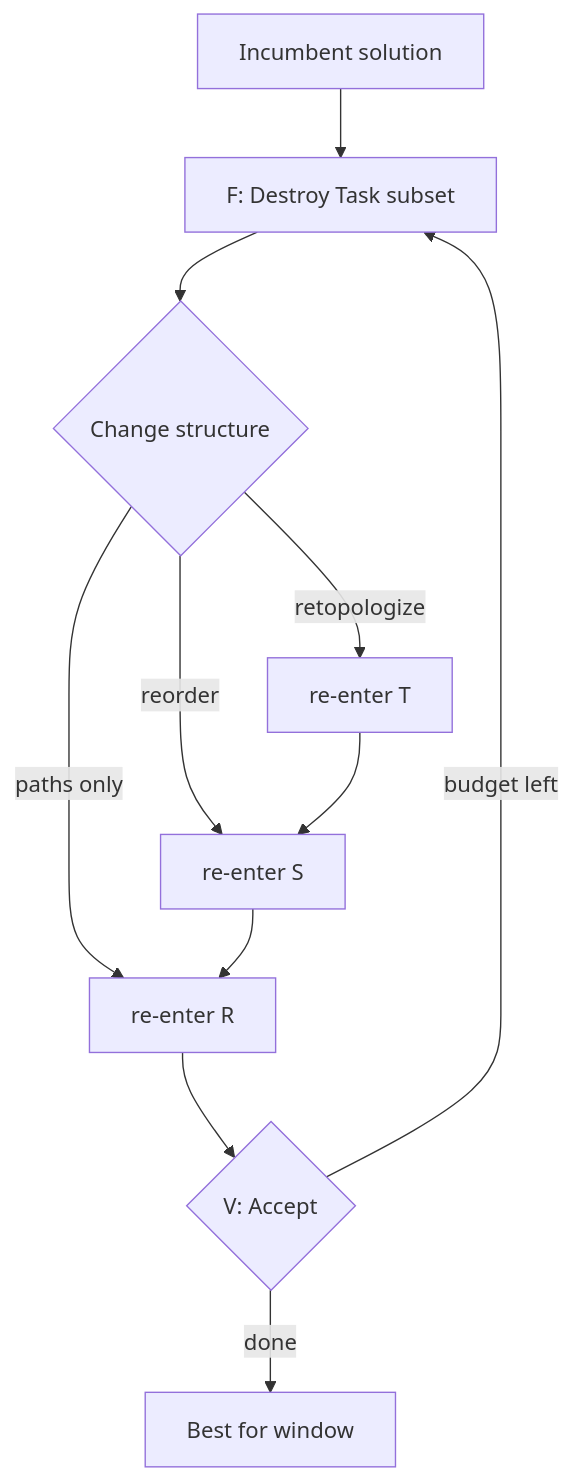
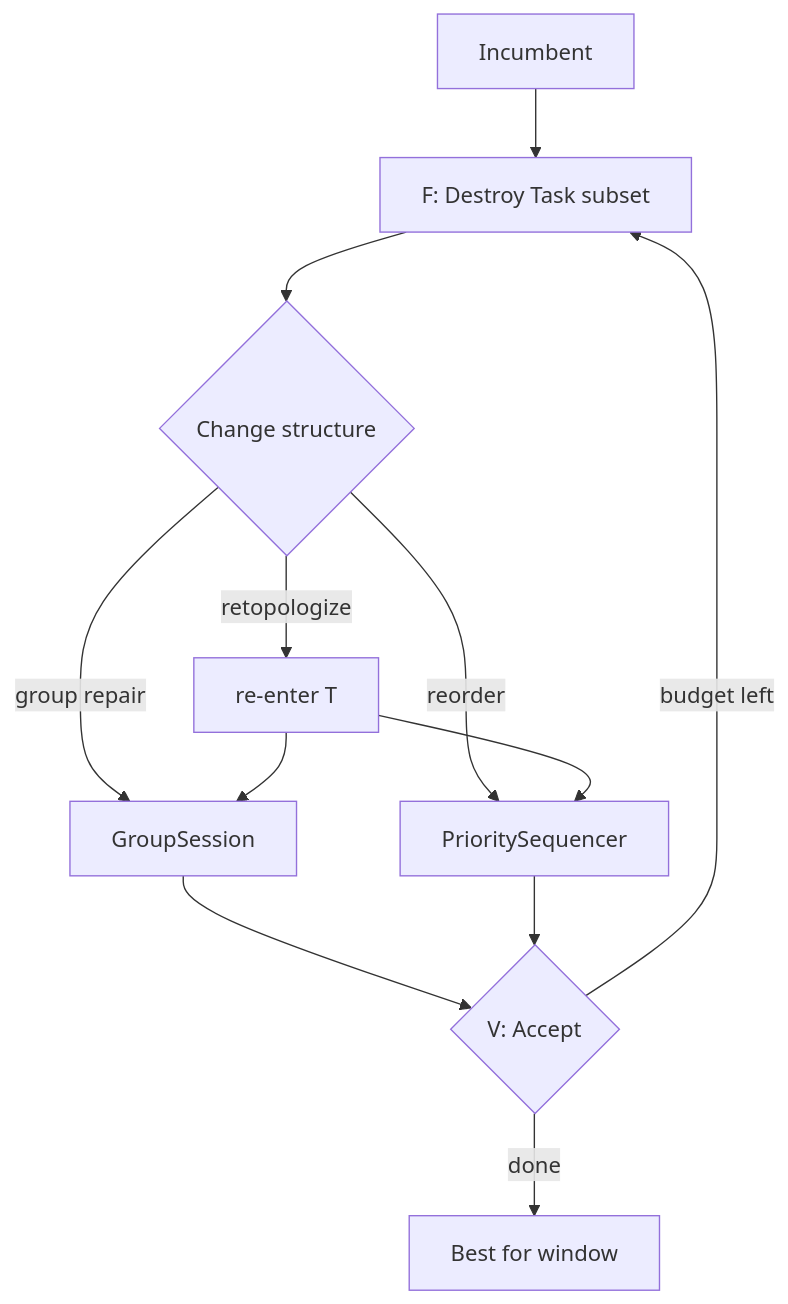
One commit to bladesaber/MAPF_Pipeline changed the third of 4 diagrams in pipe_design/ROADMAP.md. Above: the diagram before and after it, drawn with Mermaid. The commit also changed other lines of this file and 25 other files, not shown here.

````diff
--- a/pipe_design/ROADMAP.md
+++ b/pipe_design/ROADMAP.md
@@ -460,13 +454,14 @@
 ```mermaid
 flowchart TD
-  Inc[Incumbent solution] --> F[F: Destroy Task subset]
+  Inc[Incumbent] --> F[F: Destroy Task subset]
   F --> Choice{Change structure}
   Choice -->|retopologize| T[re-enter T]
-  Choice -->|reorder| S[re-enter S]
-  Choice -->|paths only| R[re-enter R]
-  T --> S
-  S --> R
-  R --> V{V: Accept}
+  Choice -->|reorder| Rp[PrioritySequencer]
+  Choice -->|group repair| Rg[GroupSession]
+  T --> Rg
+  T --> Rp
+  Rg --> V{V: Accept}
+  Rp --> V
   V -->|budget left| F
   V -->|done| Sol[Best for window]
 ```
````
